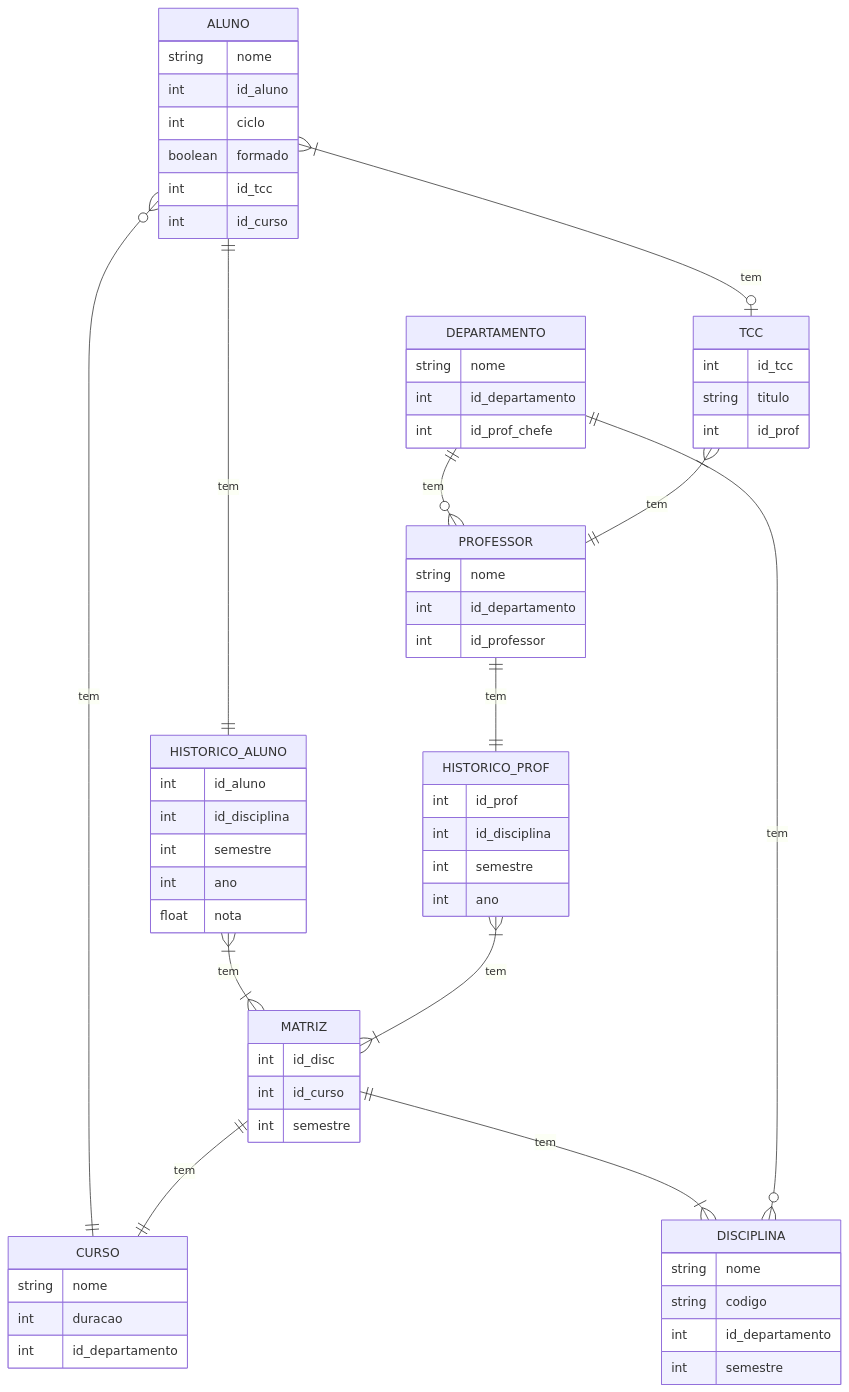
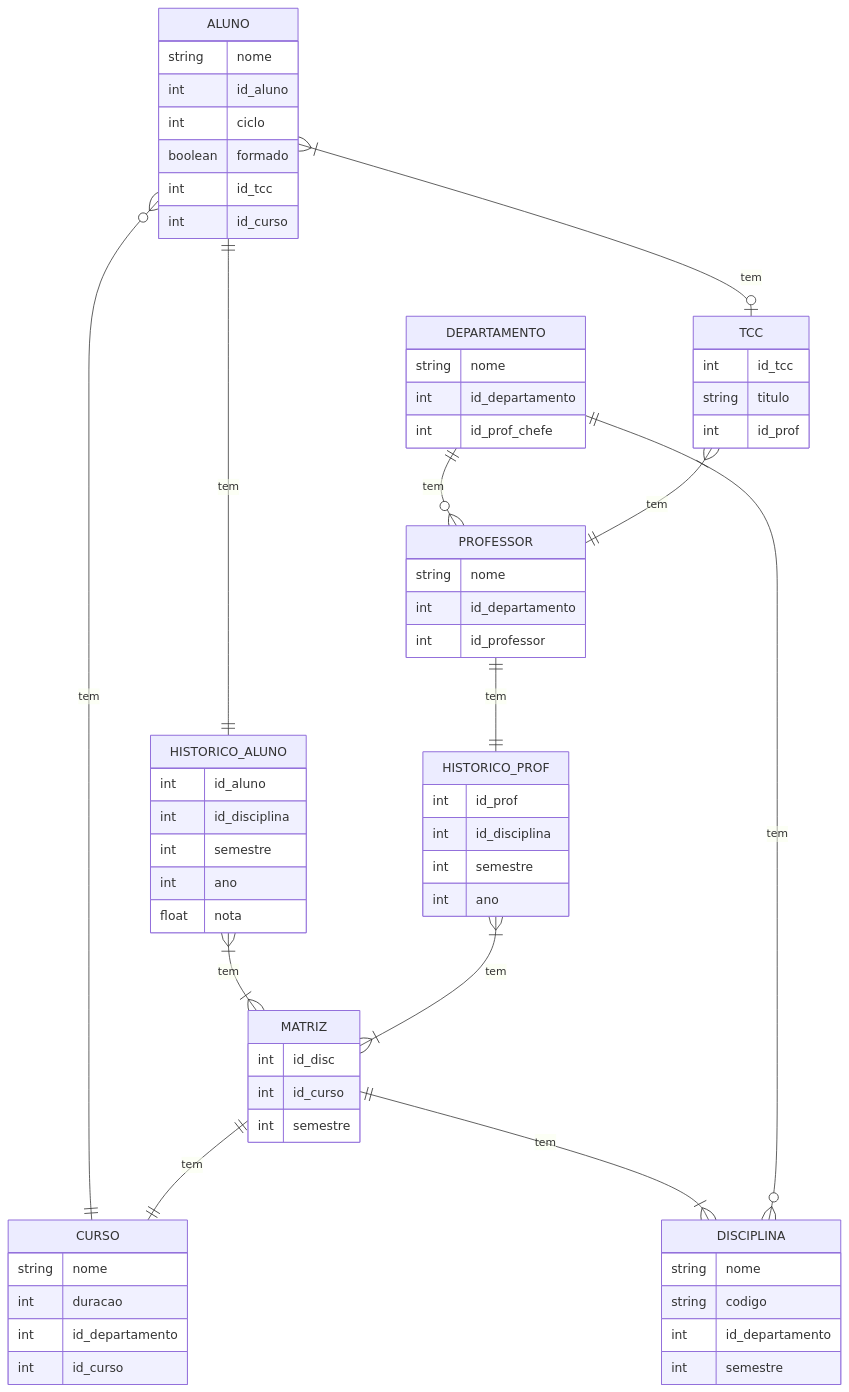
The diagram in README.md (wholocked1/Banco_de_dados), drawn with Mermaid before and after one commit.

````diff
--- a/README.md
+++ b/README.md
@@ -13,68 +13,69 @@
 ``` mermaid
 erDiagram
     ALUNO {
         string nome
         int id_aluno
         int ciclo
         boolean formado
         int id_tcc
         int id_curso
     }
     PROFESSOR {
         string nome
         int id_departamento
         int id_professor
     }
     DEPARTAMENTO {
         string nome
         int id_departamento
         int id_prof_chefe
     }
     HISTORICO_ALUNO{
         int id_aluno
         int id_disciplina
         int semestre
         int ano
         float nota
     }
     DISCIPLINA{
         string nome
         string codigo
         int id_departamento
         int semestre
     }
     HISTORICO_PROF{
         int id_prof
         int id_disciplina
         int semestre
         int ano
     }
     CURSO{
         string nome
         int duracao
         int id_departamento
+        int id_curso
     }
     TCC{
         int id_tcc
         string titulo
         int id_prof
     } 
     MATRIZ{
         int id_disc
         int id_curso
         int semestre
     }
     ALUNO }o--|| CURSO : tem
     ALUNO ||--|| HISTORICO_ALUNO: tem
     PROFESSOR ||--|| HISTORICO_PROF: tem
     DEPARTAMENTO ||--o{ PROFESSOR: tem
     HISTORICO_ALUNO }|--|{ MATRIZ: tem
     HISTORICO_PROF }|--|{ MATRIZ: tem
     TCC }|--|| PROFESSOR: tem
     ALUNO }|--o| TCC: tem
     MATRIZ ||--|{ DISCIPLINA: tem
     MATRIZ ||--|| CURSO: tem
     DEPARTAMENTO ||--o{ DISCIPLINA: tem
 
   
 ```
````
